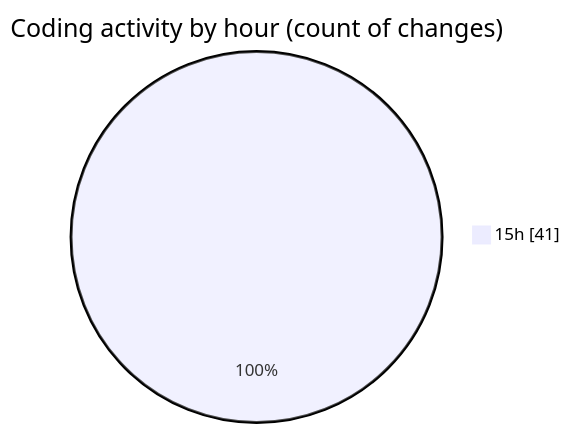
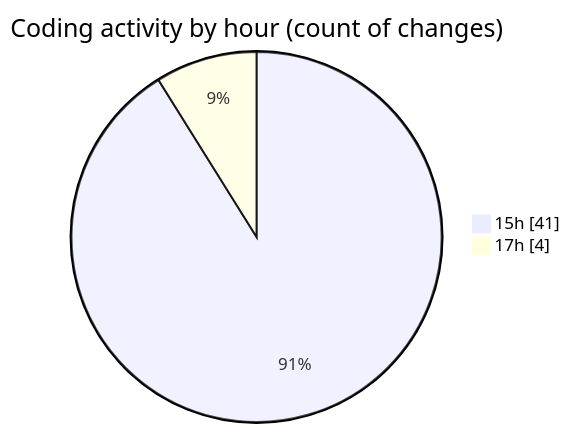
One commit to Netris89/code-tracking changed the second of 2 diagrams in 2025-10-26/skintrack/README.md. Above: the diagram before and after it, drawn with Mermaid. The commit also changed other lines of this file and 1 other file, not shown here.

````diff
--- a/2025-10-26/skintrack/README.md
+++ b/2025-10-26/skintrack/README.md
@@ -33,5 +33,6 @@
 ```mermaid
 pie showData
 title Coding activity by hour (count of changes)
 "15h" : 41
+"17h" : 4
 ```
````
